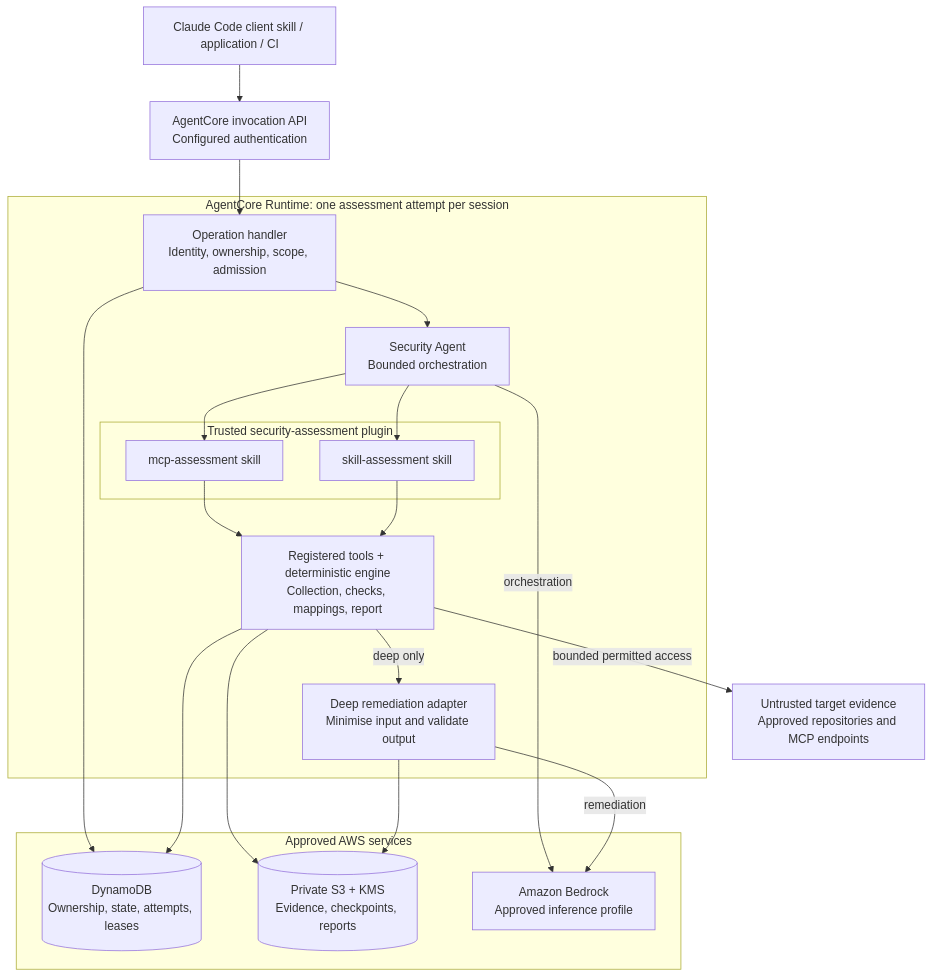
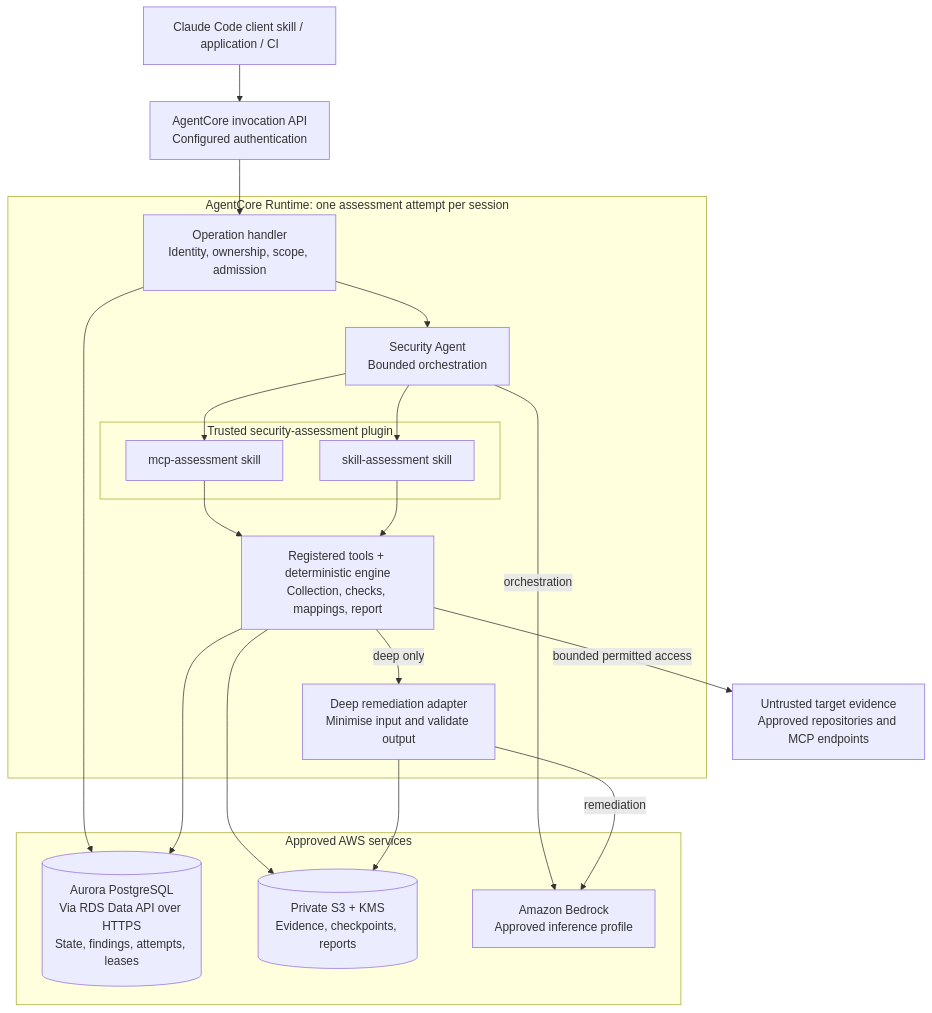
Before and after one commit to dliu-lab/security-agent: the diagram in docs/diagrams/system-architecture.mmd, drawn with Mermaid. The commit also changed 6 other files, not shown here.

Commit message:
docs: use Aurora PostgreSQL through RDS Data API

```diff
--- a/docs/diagrams/system-architecture.mmd
+++ b/docs/diagrams/system-architecture.mmd
@@ -1,36 +1,36 @@
 flowchart TB
     Client["Claude Code client skill / application / CI"]
     API["AgentCore invocation API<br/>Configured authentication"]
     Client --> API
 
     subgraph Runtime["AgentCore Runtime: one assessment attempt per session"]
         Entry["Operation handler<br/>Identity, ownership, scope, admission"]
         Agent["Security Agent<br/>Bounded orchestration"]
         subgraph Plugin["Trusted security-assessment plugin"]
             MCP["mcp-assessment skill"]
             Skill["skill-assessment skill"]
         end
         Engine["Registered tools + deterministic engine<br/>Collection, checks, mappings, report"]
         Advice["Deep remediation adapter<br/>Minimise input and validate output"]
         Entry --> Agent
         Agent --> MCP
         Agent --> Skill
         MCP --> Engine
         Skill --> Engine
         Engine -->|deep only| Advice
     end
 
     API --> Entry
     Targets["Untrusted target evidence<br/>Approved repositories and MCP endpoints"]
     subgraph Services["Approved AWS services"]
-        Registry[("DynamoDB<br/>Ownership, state, attempts, leases")]
+        Registry[("Aurora PostgreSQL<br/>Via RDS Data API over HTTPS<br/>State, findings, attempts, leases")]
         Artifacts[("Private S3 + KMS<br/>Evidence, checkpoints, reports")]
         Model["Amazon Bedrock<br/>Approved inference profile"]
     end
     Entry --> Registry
     Engine --> Registry
     Engine --> Artifacts
     Advice --> Artifacts
     Engine -->|bounded permitted access| Targets
     Agent -->|orchestration| Model
     Advice -->|remediation| Model
```
